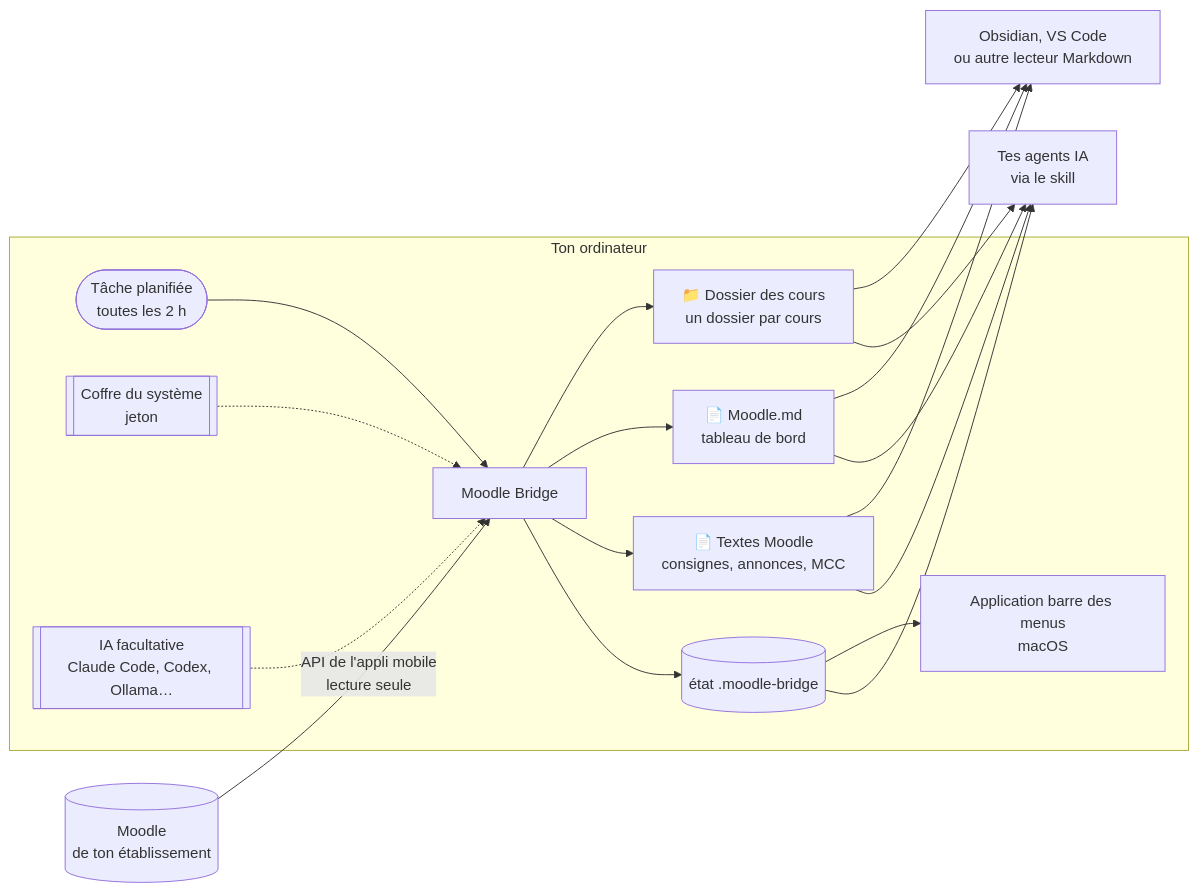
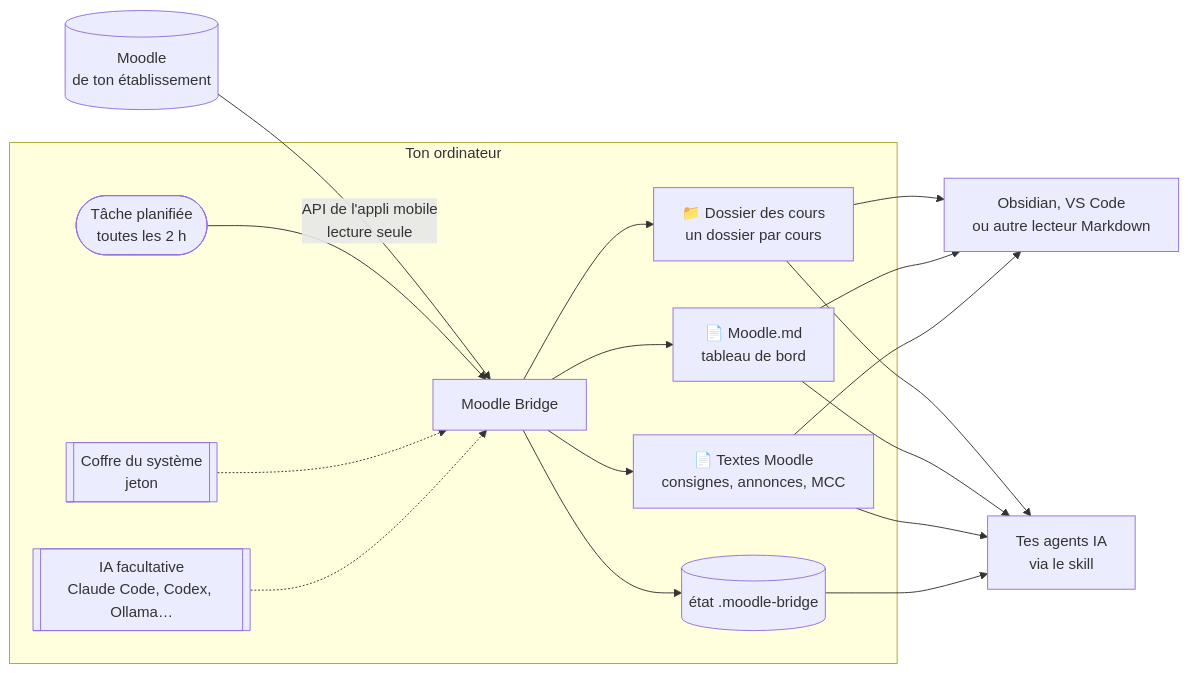
Before and after one commit to ArthurArctique/Moodle-Bridge: the diagram in README.md, drawn with Mermaid. The commit also changed other lines of this file and 13 other files, not shown here.

````diff
--- a/README.md
+++ b/README.md
@@ -127,18 +137,17 @@
 ```mermaid
 flowchart LR
     M[(Moodle<br/>de ton établissement)] -- "API de l'appli mobile<br/>lecture seule" --> P
 
     subgraph O[Ton ordinateur]
         T([Tâche planifiée<br/>toutes les 2 h]) --> P[Moodle Bridge]
         J[[Coffre du système<br/>jeton]] -.-> P
         IA[[IA facultative<br/>Claude Code, Codex, Ollama…]] -.-> P
         P --> D[📁 Dossier des cours<br/>un dossier par cours]
         P --> I[📄 Moodle.md<br/>tableau de bord]
         P --> X[📄 Textes Moodle<br/>consignes, annonces, MCC]
         P --> S[(état .moodle-bridge)]
-        S --> A[Application barre des menus<br/>macOS]
     end
 
     D & I & X --> R[Obsidian, VS Code<br/>ou autre lecteur Markdown]
     D & I & X & S --> G[Tes agents IA<br/>via le skill]
 ```
````
